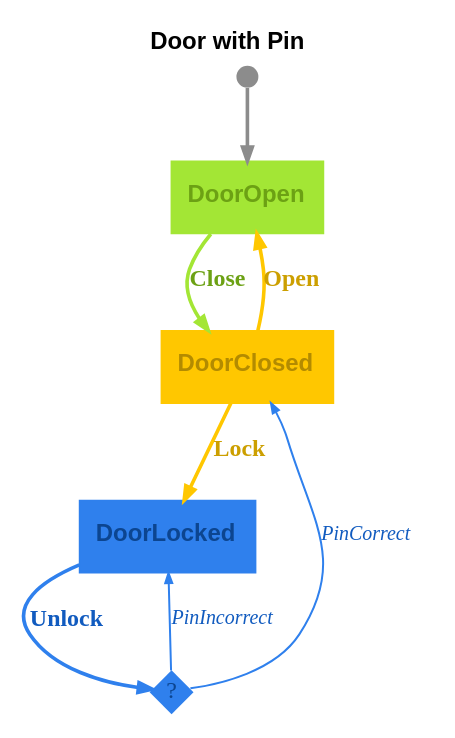
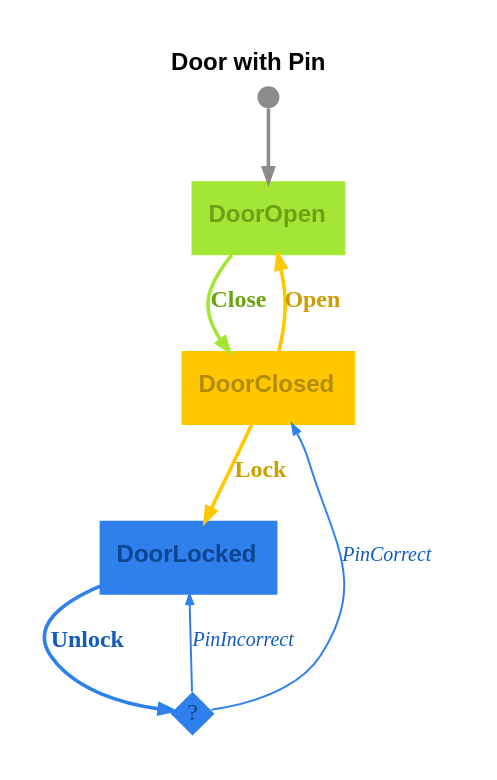
One commit to m-bock/purescript-transit changed the diagram in renders/door-pin-light.dot. Above: the diagram before and after it, drawn with Graphviz. The commit also changed 40 other files, not shown here.

```diff
--- a/renders/door-pin-light.dot
+++ b/renders/door-pin-light.dot
@@ -1,16 +1,16 @@
 digraph 
 {
-rankdir = "TD";fontname = "Arial";label = <<b>Door with Pin</b>>;labelloc = "t";fontsize = 12;bgcolor = "#ffffff";color = "#000000";fontcolor = "#000000"
+rankdir = "TD";fontname = "Arial";label = <<b>Door with Pin</b>>;labelloc = "t";fontsize = 12;bgcolor = "#ffffff";color = "#000000";fontcolor = "#000000";pad = 0.2
 DoorOpen [shape = "box", label = <<b>DoorOpen</b>>, fontsize = 12, style = "filled", fillcolor = "#a3e635", fontcolor = "#6ca114", color = "#a3e635", fontname = "Arial", labelloc = "c", penwidth = 1.0]
 __Start__ [shape = "circle", label = "", width = 0.15, height = 0.15, fixedsize = true, style = "filled", fillcolor = "#8c8c8c", penwidth = 0.0]
 __Start__ -> DoorOpen [color = "#8c8c8c", fontsize = 12, arrowsize = "0.7", penwidth = 1.8]
 DoorOpen -> DoorClosed [color = "#a3e635", fontcolor = "#6ca114", fontsize = 12, arrowsize = "0.7", label = <<b>Close</b>>, penwidth = 1.8]
 DoorClosed [shape = "box", label = <<b>DoorClosed</b>>, fontsize = 12, style = "filled", fillcolor = "#ffc700", fontcolor = "#b38b00", color = "#ffc700", fontname = "Arial", labelloc = "c", penwidth = 1.0]
 DoorClosed -> DoorOpen [color = "#ffc700", fontcolor = "#cc9f00", fontsize = 12, arrowsize = "0.7", label = <<b>Open</b>>, penwidth = 1.8]
 DoorClosed -> DoorLocked [color = "#ffc700", fontcolor = "#cc9f00", fontsize = 12, arrowsize = "0.7", label = <<b>Lock</b>>, penwidth = 1.8]
 DoorLocked [shape = "box", label = <<b>DoorLocked</b>>, fontsize = 12, style = "filled", fillcolor = "#2f80ed", fontcolor = "#0c4590", color = "#2f80ed", fontname = "Arial", labelloc = "c", penwidth = 1.0]
 decision_DoorLocked_Unlock [shape = "diamond", label = "?", fontsize = 12, fontcolor = "#0c4590", style = "filled", fillcolor = "#2f80ed", penwidth = 0.0, fixedsize = true, width = 0.3, height = 0.3]
 DoorLocked -> decision_DoorLocked_Unlock [color = "#2f80ed", fontcolor = "#115bbf", fontsize = 12, arrowsize = "0.7", label = <<b>Unlock</b>>, penwidth = 1.8]
 decision_DoorLocked_Unlock -> DoorLocked [color = "#2f80ed", fontcolor = "#115bbf", fontsize = 10, arrowsize = "0.5", label = <<i>PinIncorrect</i>>, penwidth = 1.0]
 decision_DoorLocked_Unlock -> DoorClosed [color = "#2f80ed", fontcolor = "#115bbf", fontsize = 10, arrowsize = "0.5", label = <<i>PinCorrect</i>>, penwidth = 1.0]
 }
```
